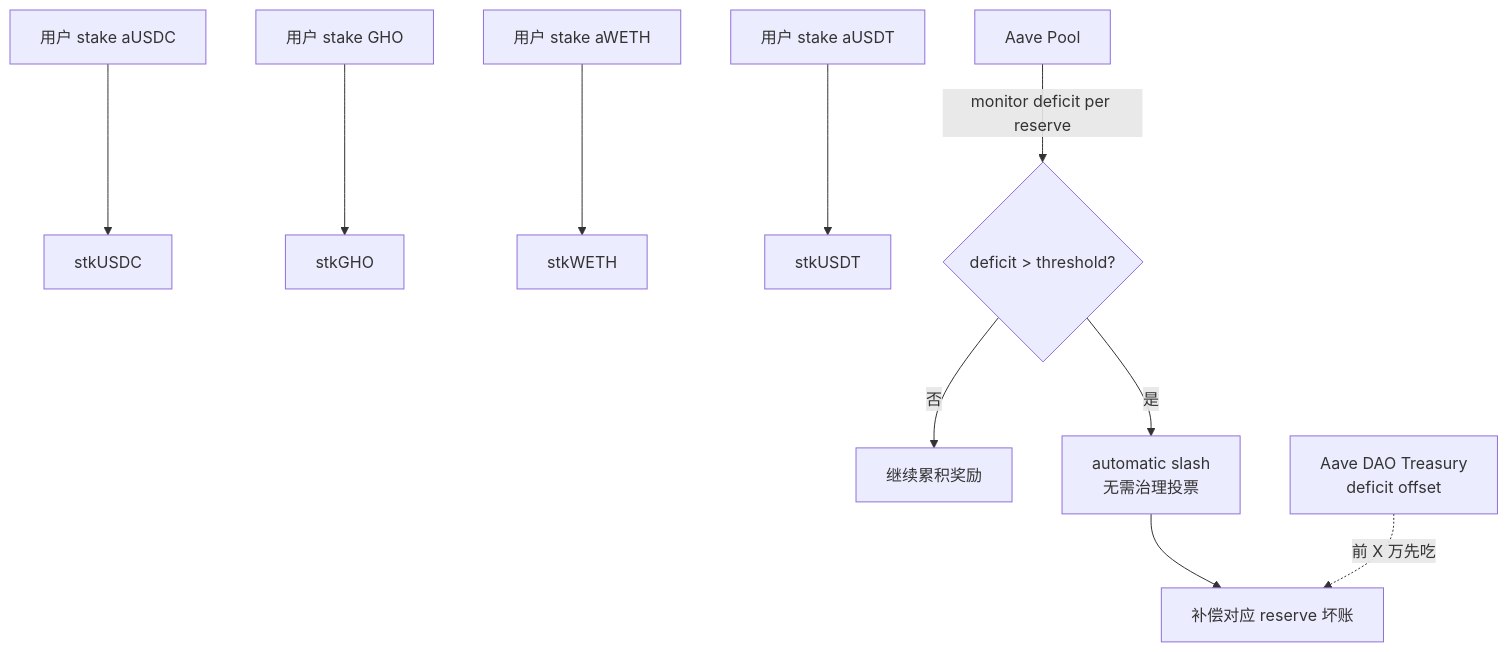
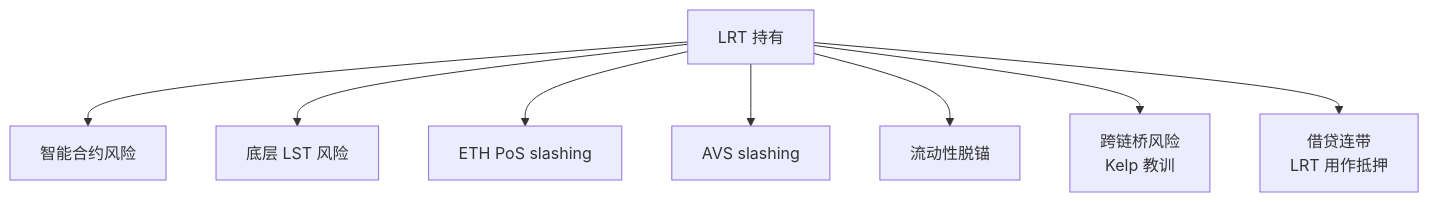
Before and after one commit to ChuwuYo/misc-files: diagram 17 of 20 in web3-engineer-guide/06-DeFi协议工程/README.md, drawn with Mermaid. The commit also changed other lines of this file and 211 other files, not shown here.

````diff
--- a/web3-engineer-guide/06-DeFi协议工程/README.md
+++ b/web3-engineer-guide/06-DeFi协议工程/README.md
@@ -1371,14 +1236,10 @@
 ```mermaid
-flowchart TD
-    A[用户 stake aUSDC] --> B[stkUSDC]
-    A2[用户 stake GHO] --> B2[stkGHO]
-    A3[用户 stake aWETH] --> B3[stkWETH]
-    A4[用户 stake aUSDT] --> B4[stkUSDT]
-
-    C[Aave Pool] -->|monitor deficit per reserve| D{deficit > threshold?}
-    D -->|否| E[继续累积奖励]
-    D -->|是| F[automatic slash<br/>无需治理投票]
-    F --> G[补偿对应 reserve 坏账]
-
-    H[Aave DAO Treasury<br/>deficit offset] -.前 X 万先吃.-> G
+graph TD
+    A[LRT 持有] --> R1[智能合约风险]
+    A --> R2[底层 LST 风险]
+    A --> R3[ETH PoS slashing]
+    A --> R4[AVS slashing]
+    A --> R5[流动性脱锚]
+    A --> R6[跨链桥风险<br/>Kelp 教训]
+    A --> R7[借贷连带<br/>LRT 用作抵押]
 ```
````
